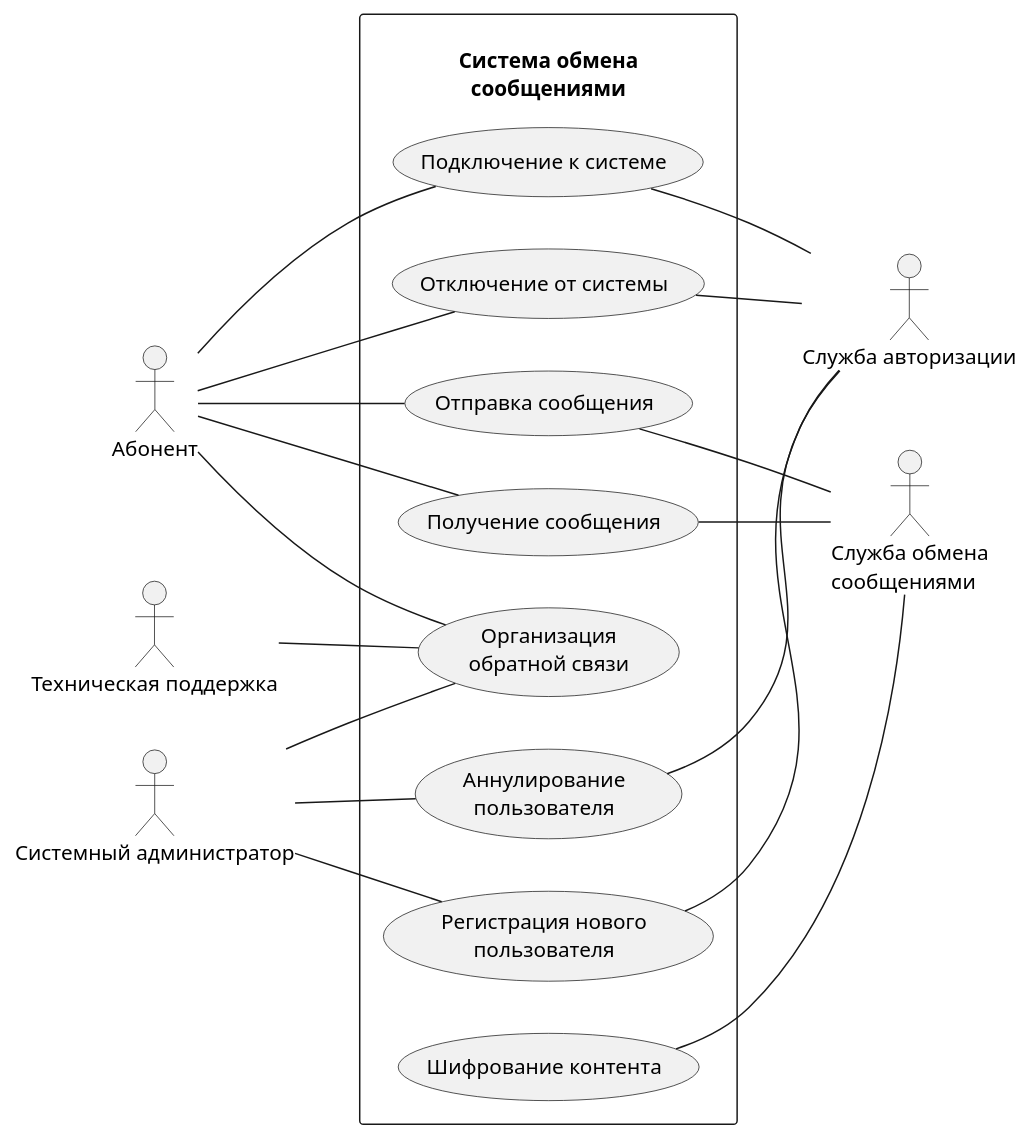
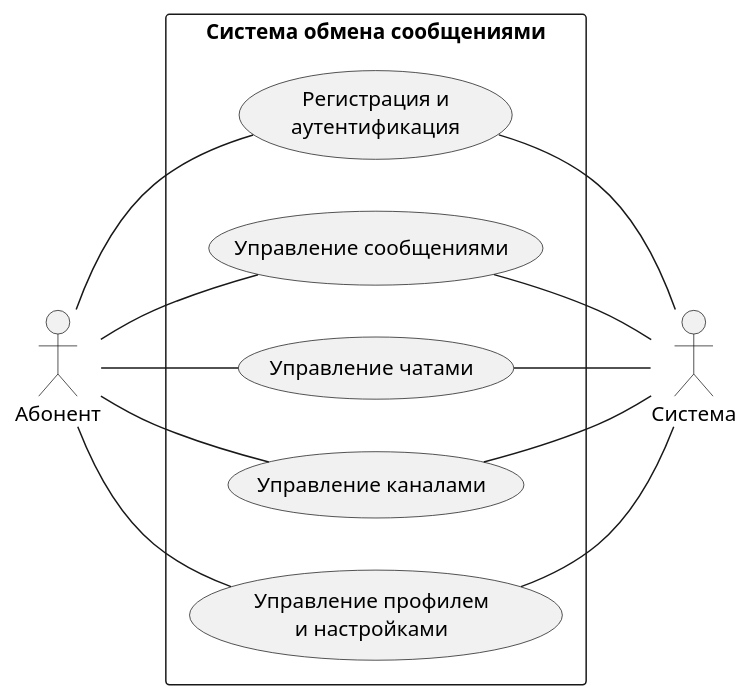
One commit to penamarth/bsbo-13-22_team4_var5 changed the diagram in use_case_diagram.md. Above: the diagram before and after it, drawn with PlantUML. The commit also changed other lines of this file, not shown here.

Commit message:
Обновлена диаграмма прецедентов

````diff
--- a/use_case_diagram.md
+++ b/use_case_diagram.md
@@ -2,48 +2,31 @@
 ```plantuml
 @startuml
 skinparam packageStyle rect
 left to right direction
 
 :Абонент:
-:Системный администратор:
-:Техническая поддержка:
 
-package "\nСистема обмена\nсообщениями" {
-
-(Регистрация нового\nпользователя)
-(Аннулирование\nпользователя)
-(Подключение к системе)
-(Отключение от системы)
-(Отправка сообщения)
-(Получение сообщения)
-(Шифрование контента)
-(Организация\nобратной связи)
-
+package "Система обмена сообщениями" {
+  (Регистрация и\nаутентификация)
+  (Управление сообщениями)
+  (Управление чатами)
+  (Управление каналами)
+  (Управление профилем\nи настройками)
 }
 
+:Абонент: -- (Регистрация и\nаутентификация)
+:Абонент: -- (Управление сообщениями)
+:Абонент: -- (Управление чатами)
+:Абонент: -- (Управление каналами)
+:Абонент: -- (Управление профилем\nи настройками)
 
-:Абонент: -- (Подключение к системе)
-:Абонент: -- (Отключение от системы)
-:Абонент: -- (Отправка сообщения)
-:Абонент: -- (Получение сообщения)
-:Абонент: -- (Организация\nобратной связи)
+:Система:
 
-:Системный администратор: -- (Регистрация нового\nпользователя)
-:Системный администратор: -- (Аннулирование\nпользователя)
-:Системный администратор: -- (Организация\nобратной связи)
+(Регистрация и\nаутентификация) -- :Система:
+(Управление сообщениями) -- :Система:
+(Управление чатами) -- :Система:
+(Управление каналами) -- :Система:
+(Управление профилем\nи настройками) -- :Система:
 
-:Техническая поддержка: -- (Организация\nобратной связи)
-
-:Служба авторизации:
-:Служба обмена\nсообщениями:
-
-
-(Отправка сообщения) -- :Служба обмена\nсообщениями:
-(Получение сообщения) -- :Служба обмена\nсообщениями:
-(Шифрование контента) -- :Служба обмена\nсообщениями:
-(Подключение к системе) -- :Служба авторизации:
-(Отключение от системы) -- :Служба авторизации:
-(Регистрация нового\nпользователя) -- :Служба авторизации:
-(Аннулирование\nпользователя) -- :Служба авторизации:
 @enduml
 ```
````
